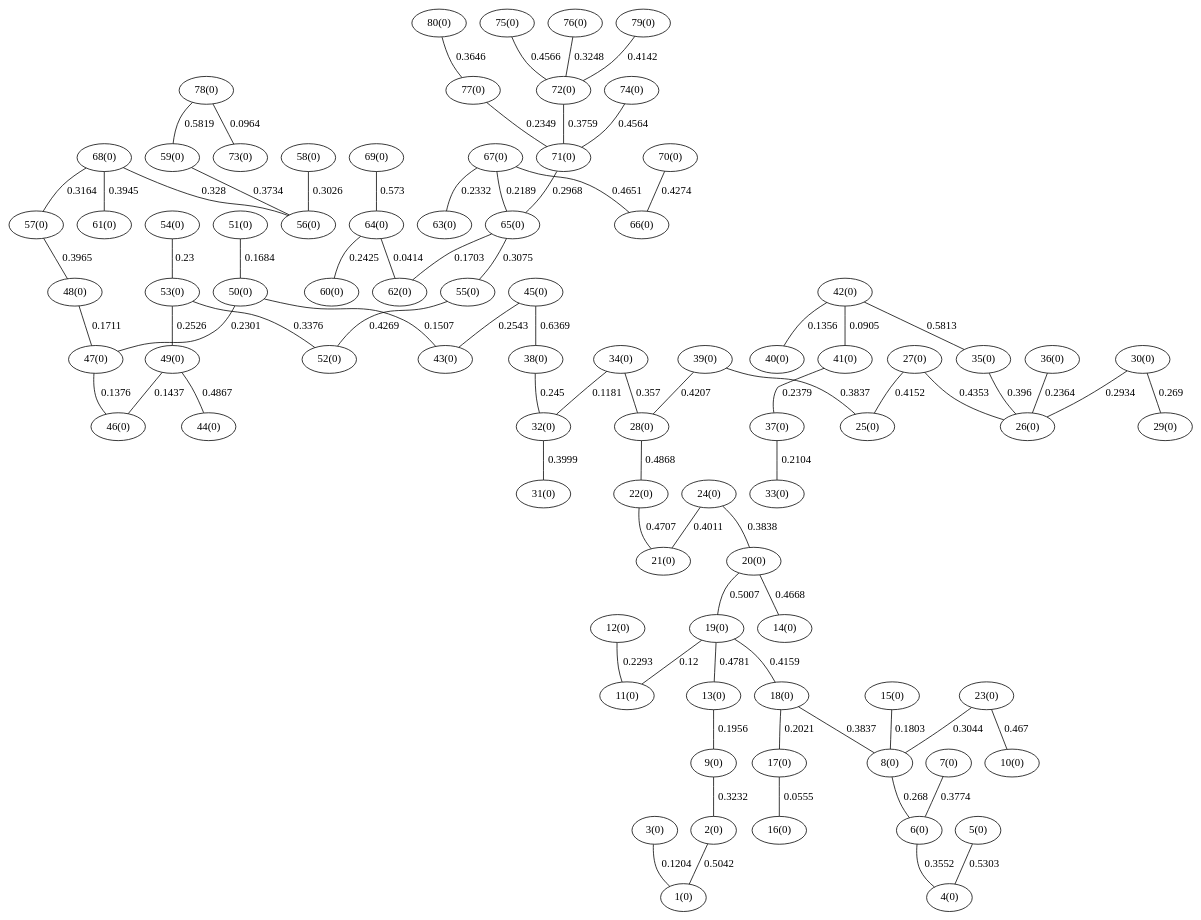
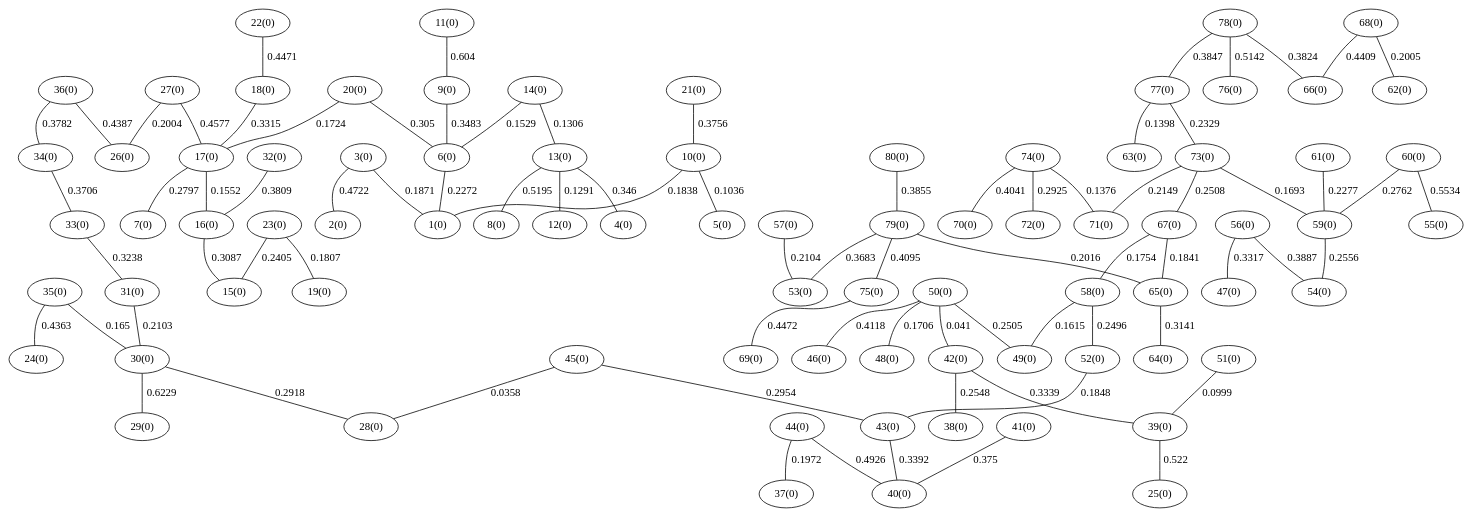
Before and after one commit to UR00ing/DAA_proyecto: the diagram in proyecto_4/Kruskal_i/01Barabasi,80,5_Kruskal_indirecto.gv, drawn with Graphviz. The commit also changed 98 other files, not shown here.

```diff
--- a/proyecto_4/Kruskal_i/01Barabasi,80,5_Kruskal_indirecto.gv
+++ b/proyecto_4/Kruskal_i/01Barabasi,80,5_Kruskal_indirecto.gv
@@ -1,81 +1,81 @@
 graph G {
-"64(0)" -- "62(0)" [label="0.0414"];
-"17(0)" -- "16(0)" [label="0.0555"];
-"42(0)" -- "41(0)" [label="0.0905"];
-"78(0)" -- "73(0)" [label="0.0964"];
-"34(0)" -- "32(0)" [label="0.1181"];
-"19(0)" -- "11(0)" [label="0.12"];
-"3(0)" -- "1(0)" [label="0.1204"];
-"42(0)" -- "40(0)" [label="0.1356"];
-"47(0)" -- "46(0)" [label="0.1376"];
-"49(0)" -- "46(0)" [label="0.1437"];
-"50(0)" -- "43(0)" [label="0.1507"];
-"51(0)" -- "50(0)" [label="0.1684"];
-"65(0)" -- "62(0)" [label="0.1703"];
-"48(0)" -- "47(0)" [label="0.1711"];
-"15(0)" -- "8(0)" [label="0.1803"];
-"13(0)" -- "9(0)" [label="0.1956"];
-"18(0)" -- "17(0)" [label="0.2021"];
-"37(0)" -- "33(0)" [label="0.2104"];
-"67(0)" -- "65(0)" [label="0.2189"];
-"12(0)" -- "11(0)" [label="0.2293"];
-"54(0)" -- "53(0)" [label="0.23"];
-"50(0)" -- "47(0)" [label="0.2301"];
-"67(0)" -- "63(0)" [label="0.2332"];
-"77(0)" -- "71(0)" [label="0.2349"];
-"36(0)" -- "26(0)" [label="0.2364"];
-"41(0)" -- "37(0)" [label="0.2379"];
-"64(0)" -- "60(0)" [label="0.2425"];
-"38(0)" -- "32(0)" [label="0.245"];
-"53(0)" -- "49(0)" [label="0.2526"];
-"45(0)" -- "43(0)" [label="0.2543"];
-"8(0)" -- "6(0)" [label="0.268"];
-"30(0)" -- "29(0)" [label="0.269"];
-"30(0)" -- "26(0)" [label="0.2934"];
-"71(0)" -- "65(0)" [label="0.2968"];
-"58(0)" -- "56(0)" [label="0.3026"];
-"23(0)" -- "8(0)" [label="0.3044"];
-"65(0)" -- "55(0)" [label="0.3075"];
-"68(0)" -- "57(0)" [label="0.3164"];
-"9(0)" -- "2(0)" [label="0.3232"];
-"76(0)" -- "72(0)" [label="0.3248"];
-"68(0)" -- "56(0)" [label="0.328"];
-"53(0)" -- "52(0)" [label="0.3376"];
-"6(0)" -- "4(0)" [label="0.3552"];
-"34(0)" -- "28(0)" [label="0.357"];
-"80(0)" -- "77(0)" [label="0.3646"];
-"59(0)" -- "56(0)" [label="0.3734"];
-"72(0)" -- "71(0)" [label="0.3759"];
-"7(0)" -- "6(0)" [label="0.3774"];
-"39(0)" -- "25(0)" [label="0.3837"];
-"18(0)" -- "8(0)" [label="0.3837"];
-"24(0)" -- "20(0)" [label="0.3838"];
-"68(0)" -- "61(0)" [label="0.3945"];
-"35(0)" -- "26(0)" [label="0.396"];
-"57(0)" -- "48(0)" [label="0.3965"];
-"32(0)" -- "31(0)" [label="0.3999"];
-"24(0)" -- "21(0)" [label="0.4011"];
-"79(0)" -- "72(0)" [label="0.4142"];
-"27(0)" -- "25(0)" [label="0.4152"];
-"19(0)" -- "18(0)" [label="0.4159"];
-"39(0)" -- "28(0)" [label="0.4207"];
-"55(0)" -- "52(0)" [label="0.4269"];
-"70(0)" -- "66(0)" [label="0.4274"];
-"27(0)" -- "26(0)" [label="0.4353"];
-"74(0)" -- "71(0)" [label="0.4564"];
-"75(0)" -- "72(0)" [label="0.4566"];
-"67(0)" -- "66(0)" [label="0.4651"];
-"20(0)" -- "14(0)" [label="0.4668"];
-"23(0)" -- "10(0)" [label="0.467"];
-"22(0)" -- "21(0)" [label="0.4707"];
-"19(0)" -- "13(0)" [label="0.4781"];
-"49(0)" -- "44(0)" [label="0.4867"];
-"28(0)" -- "22(0)" [label="0.4868"];
-"20(0)" -- "19(0)" [label="0.5007"];
-"2(0)" -- "1(0)" [label="0.5042"];
-"5(0)" -- "4(0)" [label="0.5303"];
-"69(0)" -- "64(0)" [label="0.573"];
-"42(0)" -- "35(0)" [label="0.5813"];
-"78(0)" -- "59(0)" [label="0.5819"];
-"45(0)" -- "38(0)" [label="0.6369"];
+"45(0)" -- "28(0)" [label="0.0358"];
+"50(0)" -- "42(0)" [label="0.041"];
+"51(0)" -- "39(0)" [label="0.0999"];
+"10(0)" -- "5(0)" [label="0.1036"];
+"13(0)" -- "12(0)" [label="0.1291"];
+"14(0)" -- "13(0)" [label="0.1306"];
+"74(0)" -- "71(0)" [label="0.1376"];
+"77(0)" -- "63(0)" [label="0.1398"];
+"14(0)" -- "6(0)" [label="0.1529"];
+"17(0)" -- "16(0)" [label="0.1552"];
+"58(0)" -- "49(0)" [label="0.1615"];
+"35(0)" -- "30(0)" [label="0.165"];
+"73(0)" -- "59(0)" [label="0.1693"];
+"50(0)" -- "48(0)" [label="0.1706"];
+"20(0)" -- "17(0)" [label="0.1724"];
+"67(0)" -- "58(0)" [label="0.1754"];
+"23(0)" -- "19(0)" [label="0.1807"];
+"10(0)" -- "1(0)" [label="0.1838"];
+"67(0)" -- "65(0)" [label="0.1841"];
+"52(0)" -- "43(0)" [label="0.1848"];
+"3(0)" -- "1(0)" [label="0.1871"];
+"44(0)" -- "37(0)" [label="0.1972"];
+"27(0)" -- "26(0)" [label="0.2004"];
+"68(0)" -- "62(0)" [label="0.2005"];
+"79(0)" -- "65(0)" [label="0.2016"];
+"31(0)" -- "30(0)" [label="0.2103"];
+"57(0)" -- "53(0)" [label="0.2104"];
+"73(0)" -- "71(0)" [label="0.2149"];
+"6(0)" -- "1(0)" [label="0.2272"];
+"61(0)" -- "59(0)" [label="0.2277"];
+"77(0)" -- "73(0)" [label="0.2329"];
+"23(0)" -- "15(0)" [label="0.2405"];
+"58(0)" -- "52(0)" [label="0.2496"];
+"50(0)" -- "49(0)" [label="0.2505"];
+"73(0)" -- "67(0)" [label="0.2508"];
+"42(0)" -- "38(0)" [label="0.2548"];
+"59(0)" -- "54(0)" [label="0.2556"];
+"60(0)" -- "59(0)" [label="0.2762"];
+"17(0)" -- "7(0)" [label="0.2797"];
+"30(0)" -- "28(0)" [label="0.2918"];
+"74(0)" -- "72(0)" [label="0.2925"];
+"45(0)" -- "43(0)" [label="0.2954"];
+"20(0)" -- "6(0)" [label="0.305"];
+"16(0)" -- "15(0)" [label="0.3087"];
+"65(0)" -- "64(0)" [label="0.3141"];
+"33(0)" -- "31(0)" [label="0.3238"];
+"18(0)" -- "17(0)" [label="0.3315"];
+"56(0)" -- "47(0)" [label="0.3317"];
+"42(0)" -- "39(0)" [label="0.3339"];
+"43(0)" -- "40(0)" [label="0.3392"];
+"13(0)" -- "4(0)" [label="0.346"];
+"9(0)" -- "6(0)" [label="0.3483"];
+"79(0)" -- "53(0)" [label="0.3683"];
+"34(0)" -- "33(0)" [label="0.3706"];
+"41(0)" -- "40(0)" [label="0.375"];
+"21(0)" -- "10(0)" [label="0.3756"];
+"36(0)" -- "34(0)" [label="0.3782"];
+"32(0)" -- "16(0)" [label="0.3809"];
+"78(0)" -- "66(0)" [label="0.3824"];
+"78(0)" -- "77(0)" [label="0.3847"];
+"80(0)" -- "79(0)" [label="0.3855"];
+"56(0)" -- "54(0)" [label="0.3887"];
+"74(0)" -- "70(0)" [label="0.4041"];
+"79(0)" -- "75(0)" [label="0.4095"];
+"50(0)" -- "46(0)" [label="0.4118"];
+"35(0)" -- "24(0)" [label="0.4363"];
+"36(0)" -- "26(0)" [label="0.4387"];
+"68(0)" -- "66(0)" [label="0.4409"];
+"22(0)" -- "18(0)" [label="0.4471"];
+"75(0)" -- "69(0)" [label="0.4472"];
+"27(0)" -- "17(0)" [label="0.4577"];
+"3(0)" -- "2(0)" [label="0.4722"];
+"44(0)" -- "40(0)" [label="0.4926"];
+"78(0)" -- "76(0)" [label="0.5142"];
+"13(0)" -- "8(0)" [label="0.5195"];
+"39(0)" -- "25(0)" [label="0.522"];
+"60(0)" -- "55(0)" [label="0.5534"];
+"11(0)" -- "9(0)" [label="0.604"];
+"30(0)" -- "29(0)" [label="0.6229"];
 }
```
